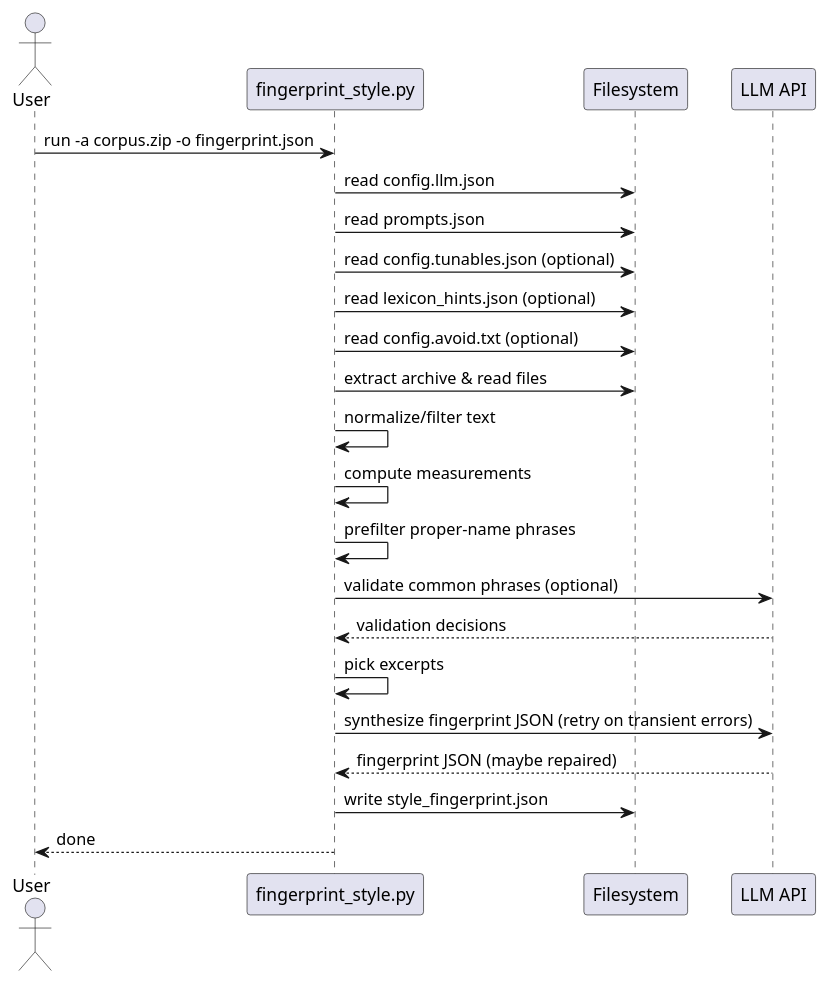
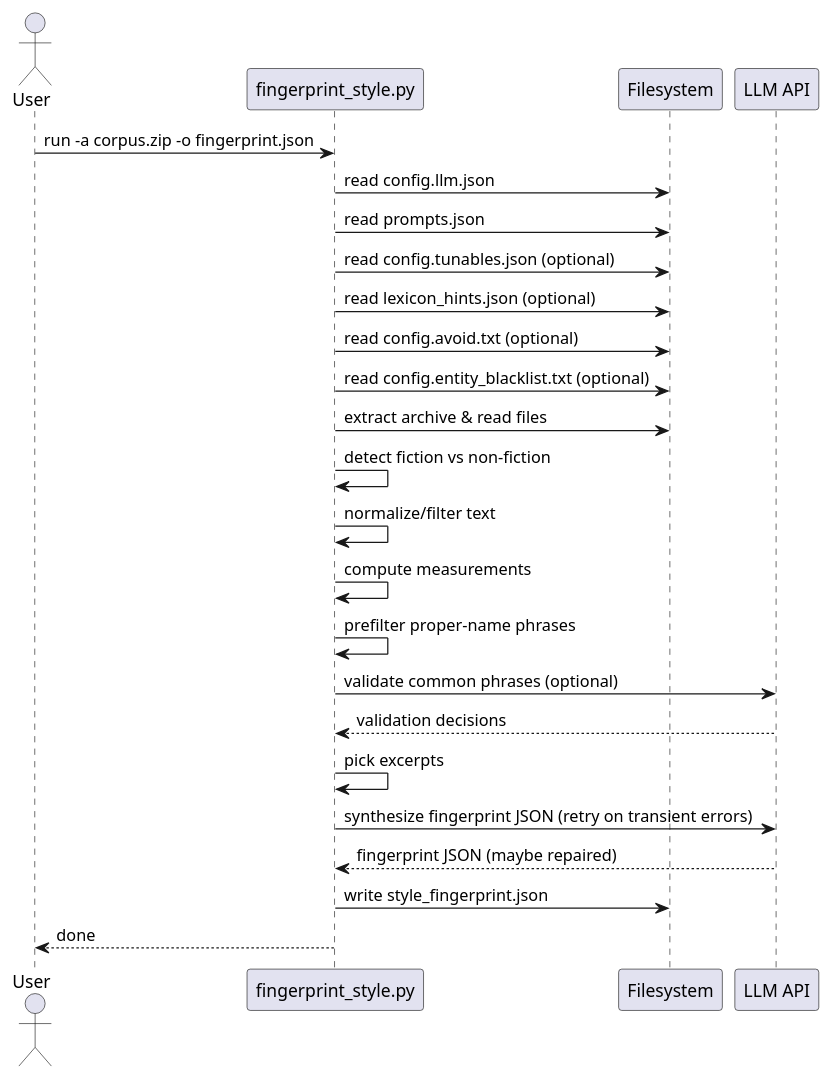
One commit to ngpepin/stylometric-transfer changed the third of 3 diagrams in UML-Fingerprint.md. Above: the diagram before and after it, drawn with PlantUML. The commit also changed other lines of this file and 4 other files, not shown here.

````diff
--- a/UML-Fingerprint.md
+++ b/UML-Fingerprint.md
@@ -127,26 +134,28 @@
 ```plantuml
 @startuml
 actor User
 participant "fingerprint_style.py" as FS
 participant "Filesystem" as FSYS
 participant "LLM API" as LLM
 
 User -> FS : run -a corpus.zip -o fingerprint.json
 FS -> FSYS : read config.llm.json
 FS -> FSYS : read prompts.json
 FS -> FSYS : read config.tunables.json (optional)
 FS -> FSYS : read lexicon_hints.json (optional)
 FS -> FSYS : read config.avoid.txt (optional)
+FS -> FSYS : read config.entity_blacklist.txt (optional)
 FS -> FSYS : extract archive & read files
+FS -> FS : detect fiction vs non-fiction
 FS -> FS : normalize/filter text
 FS -> FS : compute measurements
 FS -> FS : prefilter proper-name phrases
 FS -> LLM : validate common phrases (optional)
 LLM --> FS : validation decisions
 FS -> FS : pick excerpts
 FS -> LLM : synthesize fingerprint JSON (retry on transient errors)
 LLM --> FS : fingerprint JSON (maybe repaired)
 FS -> FSYS : write style_fingerprint.json
 FS --> User : done
 @enduml
 ```
````
